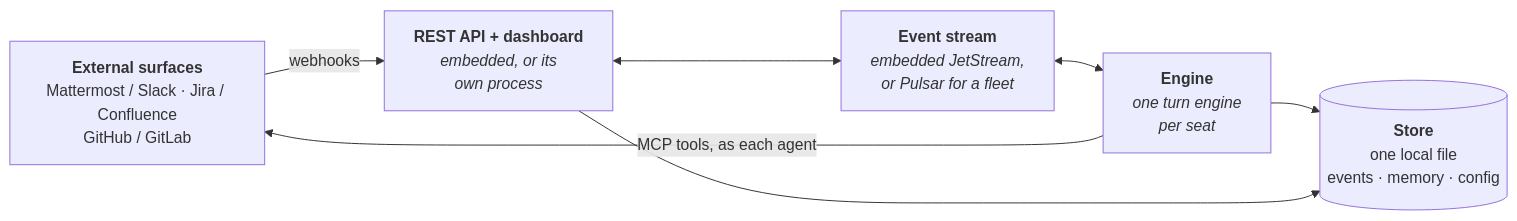
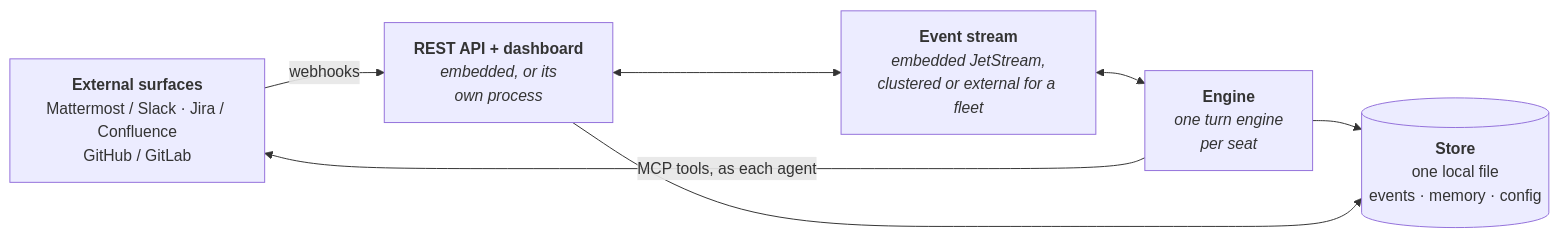
One commit to crewlet/crewlet changed the second of 2 diagrams in README.md. Above: the diagram before and after it, drawn with Mermaid. The commit also changed 71 other files, not shown here.

First line of the commit message:
refactor(queue): remove the apache pulsar stream backend

````diff
--- a/README.md
+++ b/README.md
@@ -219,15 +219,15 @@
 ```mermaid
 flowchart LR
     EXT["<b>External surfaces</b><br/>Mattermost / Slack · Jira / Confluence<br/>GitHub / GitLab"]
     API["<b>REST API + dashboard</b><br/><i>embedded, or its<br/>own process</i>"]
-    Q["<b>Event stream</b><br/><i>embedded JetStream,<br/>or Pulsar for a fleet</i>"]
+    Q["<b>Event stream</b><br/><i>embedded JetStream,<br/>clustered or external for a fleet</i>"]
     ENG["<b>Engine</b><br/><i>one turn engine<br/>per seat</i>"]
     DB[("<b>Store</b><br/>one local file<br/>events · memory · config")]
 
     EXT -->|webhooks| API
     API <--> Q
     Q <--> ENG
     ENG -->|"MCP tools, as each agent"| EXT
     ENG --> DB
     API --> DB
 ```
````
